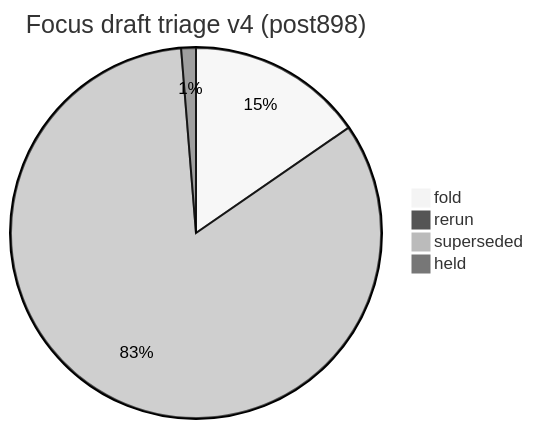
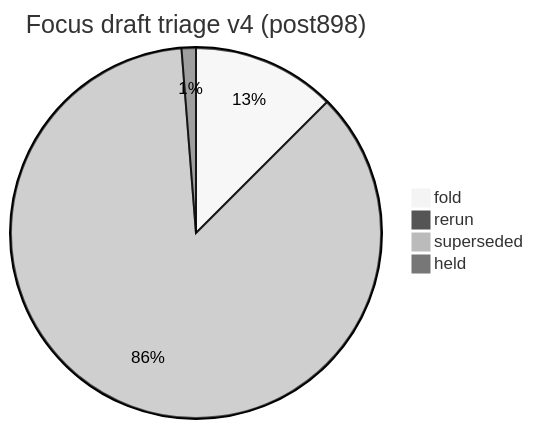
The first of 2 diagrams in docs/dev/open-draft-triage-post898-v4-2026-10-10.md (fuzzywigg/math-pentathlon), drawn with Mermaid (neutral theme) before and after one commit. The commit also changed other lines of this file and 2 other files, not shown here.

````diff
--- a/docs/dev/open-draft-triage-post898-v4-2026-10-10.md
+++ b/docs/dev/open-draft-triage-post898-v4-2026-10-10.md
@@ -113,7 +113,7 @@
 ```mermaid
 pie title Focus draft triage v4 (post898)
-  "fold" : 12
+  "fold" : 10
   "rerun" : 0
-  "superseded" : 65
+  "superseded" : 69
   "held" : 1
 ```
````
